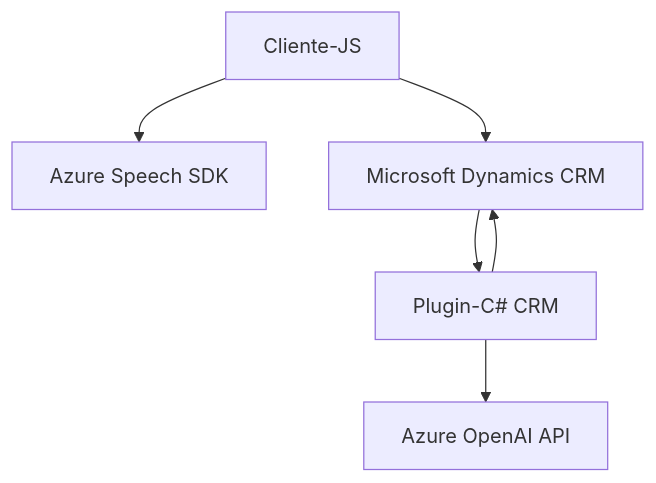
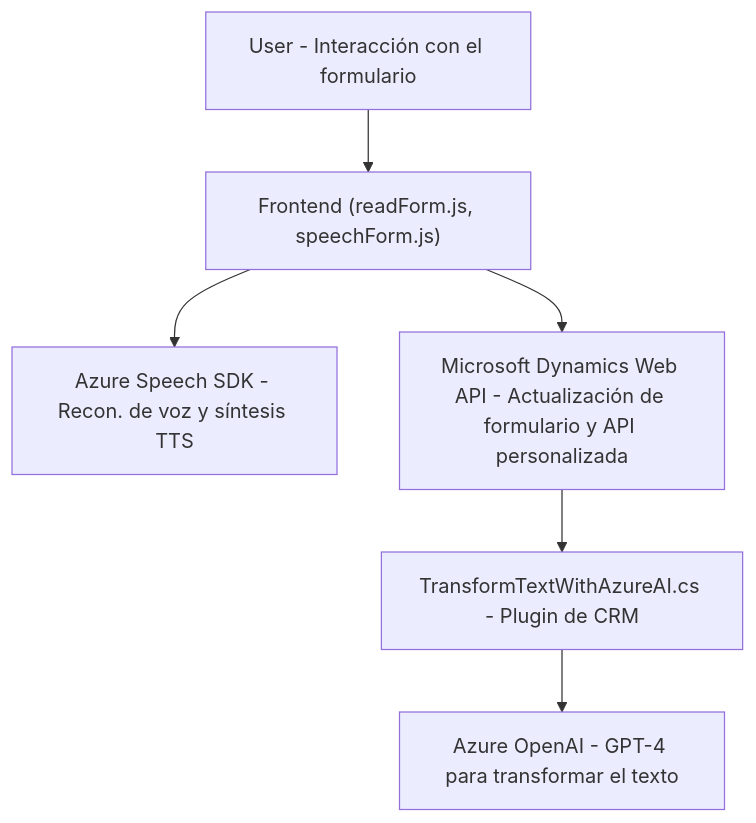
Before and after one commit to blopezdm/NETCORE_BILBAO2025: the diagram in README.md, drawn with Mermaid. The commit also changed other lines of this file, not shown here.

Commit message:
Actualizar análisis global de la solución con IA

````diff
--- a/README.md
+++ b/README.md
@@ -46,14 +47,15 @@
 ```mermaid
 graph TD
-    A["Cliente-JS"]
-    B["Azure Speech SDK"]
-    C["Azure OpenAI API"]
-    D["Plugin-C# CRM"]
-    E["Microsoft Dynamics CRM"]
-
+    A["User - Interacción con el formulario"]
+    B["Frontend (readForm.js, speechForm.js)"]
+    C["Azure Speech SDK - Recon. de voz y síntesis TTS"]
+    D["Microsoft Dynamics Web API - Actualización de formulario y API personalizada"]
+    E["TransformTextWithAzureAI.cs - Plugin de CRM"]
+    F["Azure OpenAI - GPT-4 para transformar el texto"]
+    
     A --> B
-    A --> E
-    E --> D
-    D --> C
+    B --> C
+    B --> D
     D --> E
+    E --> F
 ```
````
